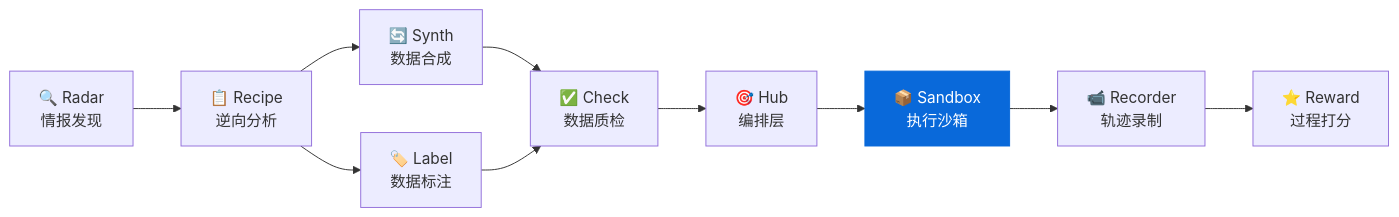
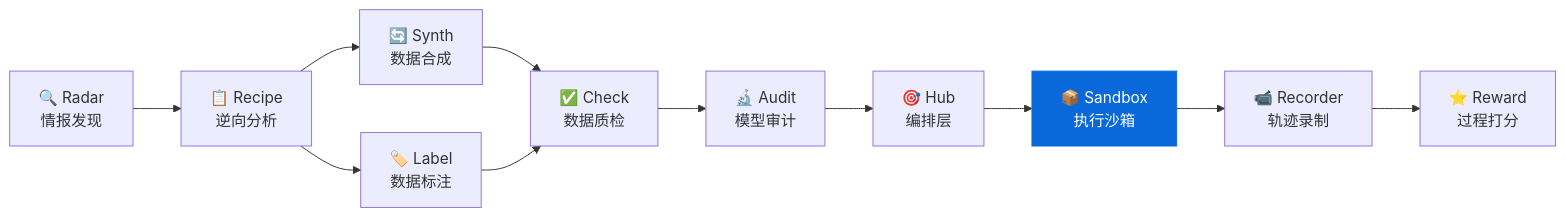
The first of 2 diagrams in README.md (liuxiaotong/agent-sandbox), drawn with Mermaid before and after one commit. The commit also changed other lines of this file, not shown here.

Commit message:
生态表格加入 ModelAudit (9→10)

````diff
--- a/README.md
+++ b/README.md
@@ -205,13 +205,14 @@
 ```mermaid
 graph LR
     Radar["🔍 Radar<br/>情报发现"] --> Recipe["📋 Recipe<br/>逆向分析"]
     Recipe --> Synth["🔄 Synth<br/>数据合成"]
     Recipe --> Label["🏷️ Label<br/>数据标注"]
     Synth --> Check["✅ Check<br/>数据质检"]
     Label --> Check
-    Check --> Hub["🎯 Hub<br/>编排层"]
+    Check --> Audit["🔬 Audit<br/>模型审计"]
+    Audit --> Hub["🎯 Hub<br/>编排层"]
     Hub --> Sandbox["📦 Sandbox<br/>执行沙箱"]
     Sandbox --> Recorder["📹 Recorder<br/>轨迹录制"]
     Recorder --> Reward["⭐ Reward<br/>过程打分"]
     style Sandbox fill:#0969da,color:#fff,stroke:#0969da
 ```
````
